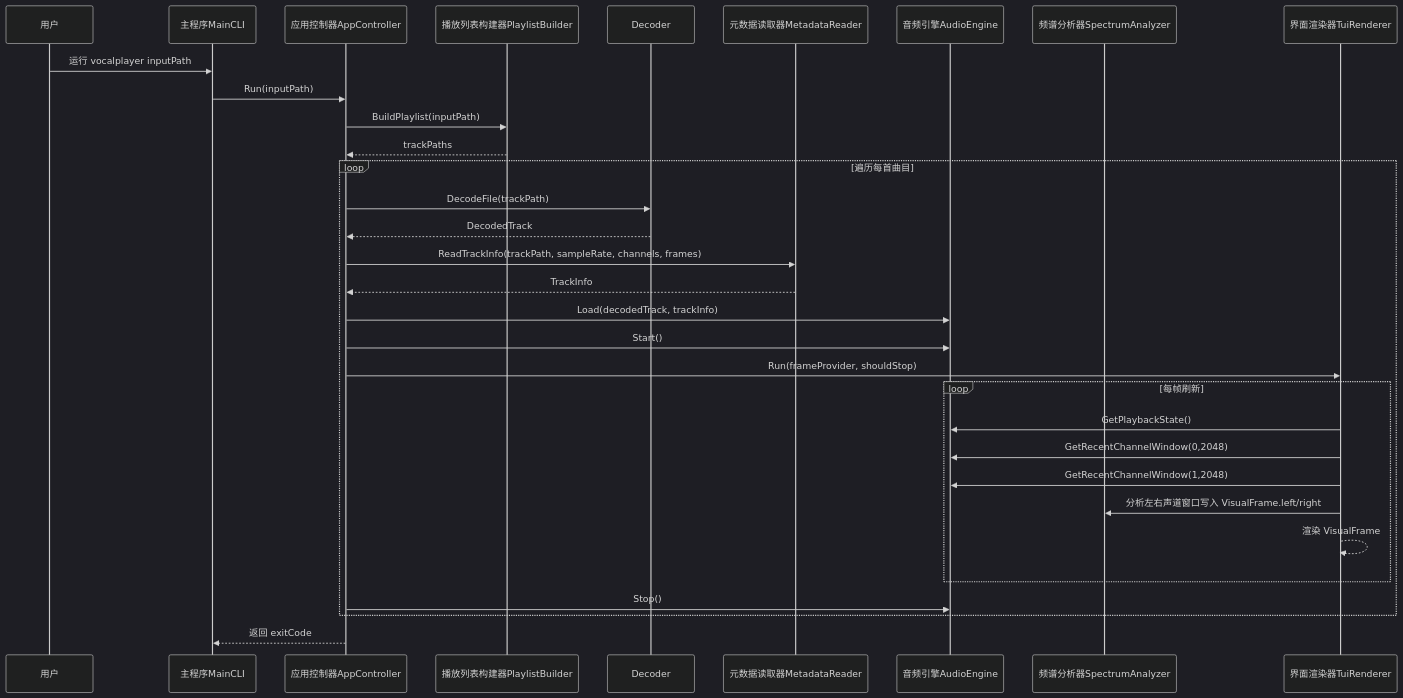
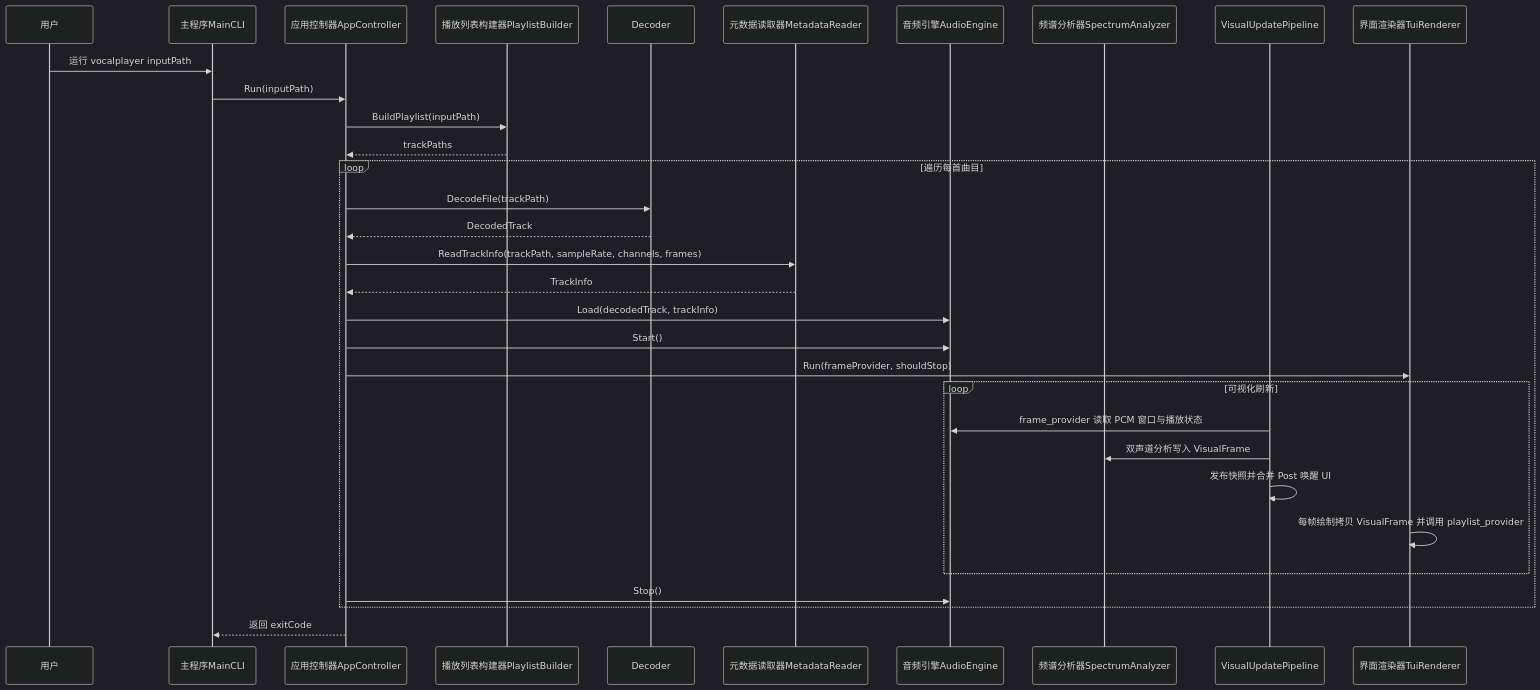
Before and after one commit to virtualguard101/vocalplayer: the second of 4 diagrams in docs/dev/architecture_zh-CN.md, drawn with Mermaid (dark theme). The commit also changed other lines of this file and 12 other files, not shown here.

````diff
--- a/docs/dev/architecture_zh-CN.md
+++ b/docs/dev/architecture_zh-CN.md
@@ -45,35 +46,35 @@
 ```mermaid
 sequenceDiagram
   participant User as 用户
   participant Main as 主程序MainCLI
   participant App as 应用控制器AppController
   participant Playlist as 播放列表构建器PlaylistBuilder
   participant Decoder
   participant Metadata as 元数据读取器MetadataReader
   participant Audio as 音频引擎AudioEngine
   participant Analyzer as 频谱分析器SpectrumAnalyzer
+  participant Pipe as VisualUpdatePipeline
   participant UI as 界面渲染器TuiRenderer
 
   User->>Main: 运行 vocalplayer inputPath
   Main->>App: Run(inputPath)
   App->>Playlist: BuildPlaylist(inputPath)
   Playlist-->>App: trackPaths
   loop 遍历每首曲目
     App->>Decoder: DecodeFile(trackPath)
     Decoder-->>App: DecodedTrack
     App->>Metadata: ReadTrackInfo(trackPath, sampleRate, channels, frames)
     Metadata-->>App: TrackInfo
     App->>Audio: Load(decodedTrack, trackInfo)
     App->>Audio: Start()
     App->>UI: Run(frameProvider, shouldStop)
-    loop 每帧刷新
-      UI->>Audio: GetPlaybackState()
-      UI->>Audio: GetRecentChannelWindow(0,2048)
-      UI->>Audio: GetRecentChannelWindow(1,2048)
-      UI->>Analyzer: 分析左右声道窗口写入 VisualFrame.left/right
-      UI-->>UI: 渲染 VisualFrame
+    loop 可视化刷新
+      Pipe->>Audio: frame_provider 读取 PCM 窗口与播放状态
+      Pipe->>Analyzer: 双声道分析写入 VisualFrame
+      Pipe->>Pipe: 发布快照并合并 Post 唤醒 UI
+      UI->>UI: 每帧绘制拷贝 VisualFrame 并调用 playlist_provider
     end
     App->>Audio: Stop()
   end
   App-->>Main: 返回 exitCode
 ```
````
